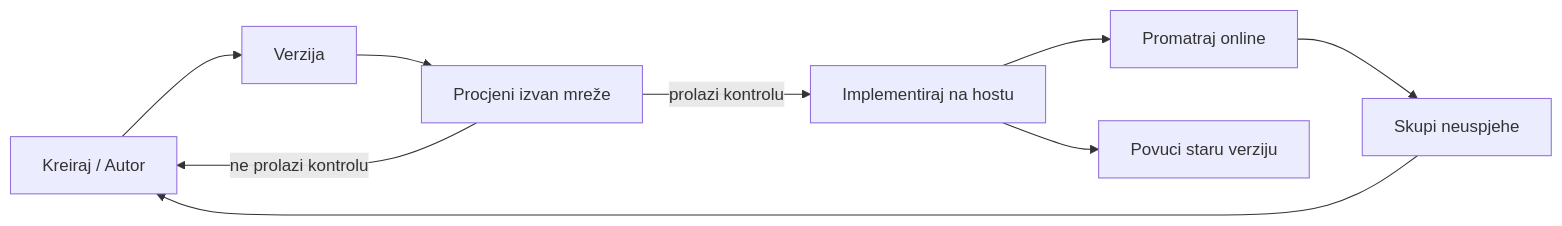
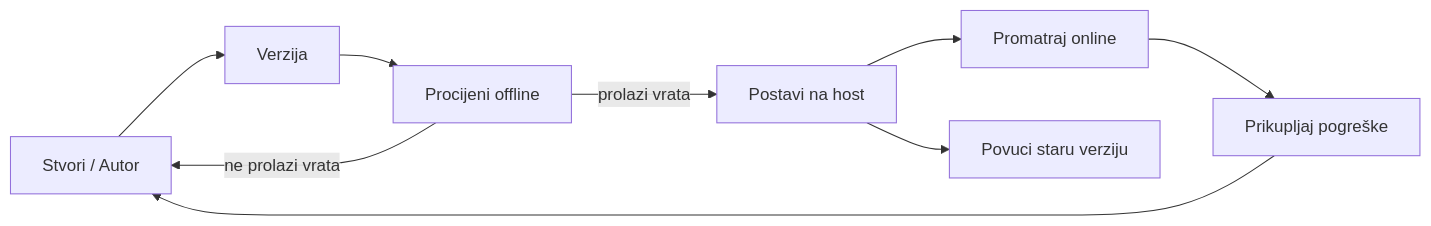
Before and after one commit to microsoft/ai-agents-for-beginners: the second of 4 diagrams in translations/hr/16-deploying-scalable-agents/README.md, drawn with Mermaid. The commit also changed other lines of this file and 47 other files, not shown here.

````diff
--- a/translations/hr/16-deploying-scalable-agents/README.md
+++ b/translations/hr/16-deploying-scalable-agents/README.md
@@ -108,11 +108,11 @@
 ```mermaid
 flowchart LR
-    Create[Kreiraj / Autor] --> Version[Verzija]
-    Version --> Evaluate[Procjeni izvan mreže]
-    Evaluate -->|prolazi kontrolu| Deploy[Implementiraj na hostu]
-    Evaluate -->|ne prolazi kontrolu| Create
+    Create[Stvori / Autor] --> Version[Verzija]
+    Version --> Evaluate[Procijeni offline]
+    Evaluate -->|prolazi vrata| Deploy[Postavi na host]
+    Evaluate -->|ne prolazi vrata| Create
     Deploy --> Observe[Promatraj online]
-    Observe --> Improve[Skupi neuspjehe]
+    Observe --> Improve[Prikupljaj pogreške]
     Improve --> Create
     Deploy --> Retire[Povuci staru verziju]
 ```
````
